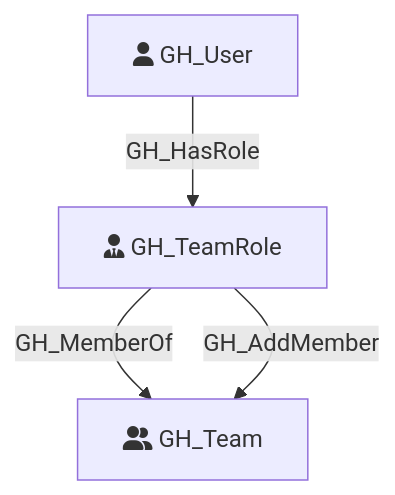
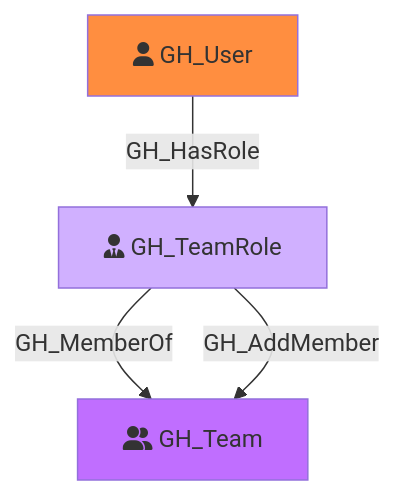
Before and after one commit to SpecterOps/bloodhound-docs: the diagram in docs/opengraph/extensions/githound/reference/nodes/gh_teamrole.mdx, drawn with Mermaid. The commit also changed other lines of this file and 52 other files, not shown here.

````diff
--- a/docs/opengraph/extensions/githound/reference/nodes/gh_teamrole.mdx
+++ b/docs/opengraph/extensions/githound/reference/nodes/gh_teamrole.mdx
@@ -47,11 +62,14 @@
 ```mermaid
 flowchart TD
     GH_TeamRole[fa:fa-user-tie GH_TeamRole]
     GH_User[fa:fa-user GH_User]
     GH_Team[fa:fa-user-group GH_Team]
 
+    style GH_TeamRole fill:#D0B0FF
+    style GH_User fill:#FF8E40
+    style GH_Team fill:#C06EFF
 
     GH_User -->|GH_HasRole| GH_TeamRole
     GH_TeamRole -->|GH_MemberOf| GH_Team
     GH_TeamRole -->|GH_AddMember| GH_Team
 ```
````
